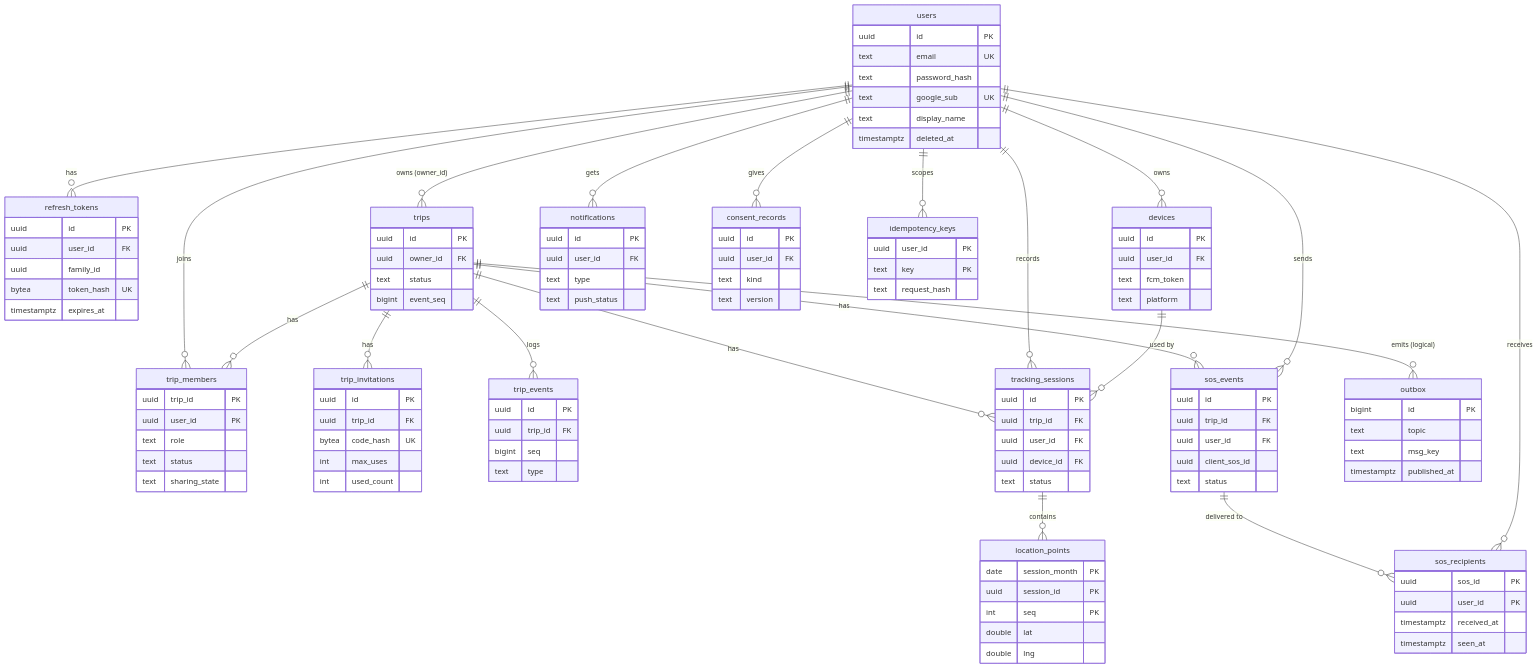
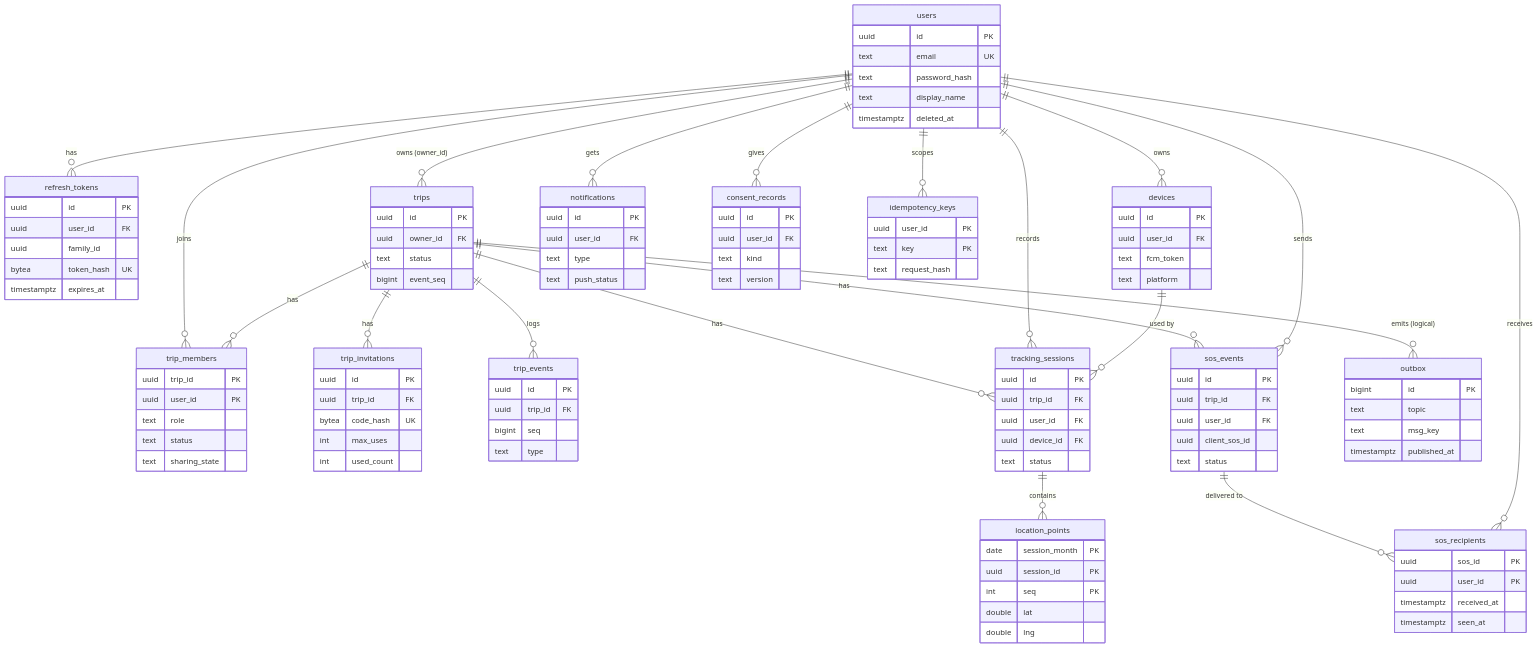
Before and after one commit to lequanneKMA/MotoLink: the diagram in docs/design/05-data-model.md, drawn with Mermaid. The commit also changed other lines of this file and 10 other files, not shown here.

```diff
--- a/docs/design/05-data-model.md
+++ b/docs/design/05-data-model.md
@@ -38,7 +38,6 @@
         uuid id PK
         text email UK
         text password_hash
-        text google_sub UK
         text display_name
         timestamptz deleted_at
     }
```
